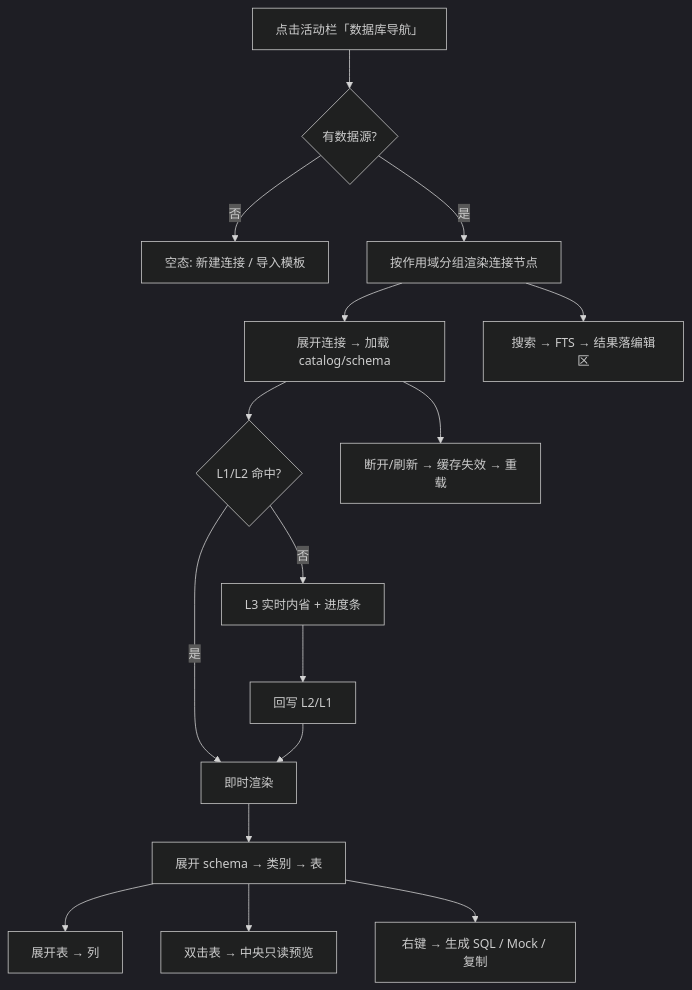
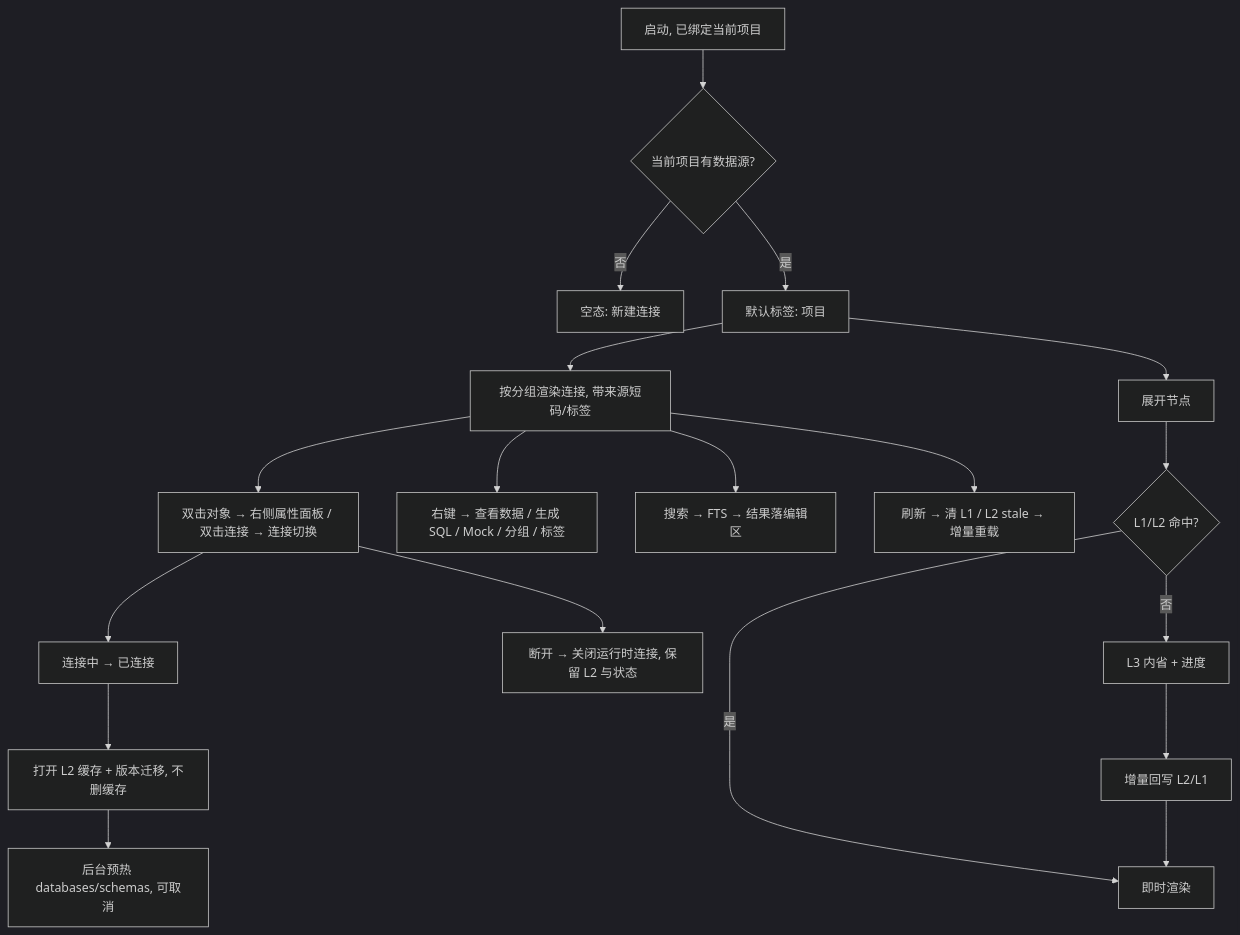
Before and after one commit to ling-love-xin/RdataStation-v2: the diagram in docs/architecture/database/database-navigator-prototype-design.md, drawn with Mermaid (dark theme). The commit also changed other lines of this file and 22 other files, not shown here.

````diff
--- a/docs/architecture/database/database-navigator-prototype-design.md
+++ b/docs/architecture/database/database-navigator-prototype-design.md
@@ -263,17 +361,19 @@
 ```mermaid
 flowchart TD
-    A[点击活动栏「数据库导航」] --> B{有数据源?}
-    B -- 否 --> C[空态: 新建连接 / 导入模板]
-    B -- 是 --> D[按作用域分组渲染连接节点]
-    D --> E[展开连接 → 加载 catalog/schema]
-    E --> F{L1/L2 命中?}
-    F -- 是 --> G[即时渲染]
-    F -- 否 --> H[L3 实时内省 + 进度条]
-    H --> I[回写 L2/L1] --> G
-    G --> J[展开 schema → 类别 → 表]
-    J --> K[展开表 → 列]
-    J --> L[双击表 → 中央只读预览]
-    J --> M[右键 → 生成 SQL / Mock / 复制]
-    D --> N[搜索 → FTS → 结果落编辑区]
-    E --> O[断开/刷新 → 缓存失效 → 重载]
+    A[启动, 已绑定当前项目] --> B{当前项目有数据源?}
+    B -- 否 --> C[空态: 新建连接]
+    B -- 是 --> D[默认标签: 项目]
+    D --> E[按分组渲染连接, 带来源短码/标签]
+    E --> F[双击对象 → 右侧属性面板 / 双击连接 → 连接切换]
+    F --> G[连接中 → 已连接]
+    G --> H[打开 L2 缓存 + 版本迁移, 不删缓存]
+    H --> I[后台预热 databases/schemas, 可取消]
+    D --> J[展开节点]
+    J --> K{L1/L2 命中?}
+    K -- 是 --> L[即时渲染]
+    K -- 否 --> M[L3 内省 + 进度] --> N[增量回写 L2/L1] --> L
+    E --> O[右键 → 查看数据 / 生成 SQL / Mock / 分组 / 标签]
+    E --> P[搜索 → FTS → 结果落编辑区]
+    E --> Q[刷新 → 清 L1 / L2 stale → 增量重载]
+    F --> R[断开 → 关闭运行时连接, 保留 L2 与状态]
 ```
````
